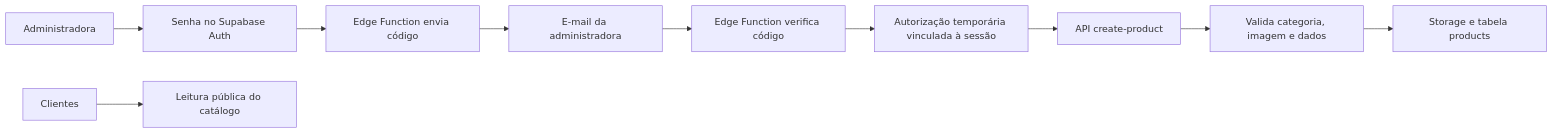
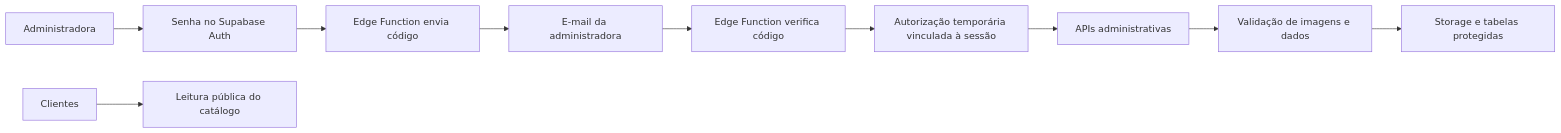
The diagram in README.md (RAFAEL-G-A/USE-MDR), drawn with Mermaid before and after one commit. The commit also changed other lines of this file and 2 other files, not shown here.

````diff
--- a/README.md
+++ b/README.md
@@ -34,12 +35,12 @@
 ```mermaid
 flowchart LR
   A[Administradora] --> B[Senha no Supabase Auth]
   B --> C[Edge Function envia código]
   C --> D[E-mail da administradora]
   D --> E[Edge Function verifica código]
   E --> F[Autorização temporária vinculada à sessão]
-  F --> G[API create-product]
-  G --> J[Valida categoria, imagem e dados]
-  J --> K[Storage e tabela products]
+  F --> G[APIs administrativas]
+  G --> J[Validação de imagens e dados]
+  J --> K[Storage e tabelas protegidas]
   H[Clientes] --> I[Leitura pública do catálogo]
 ```
````
